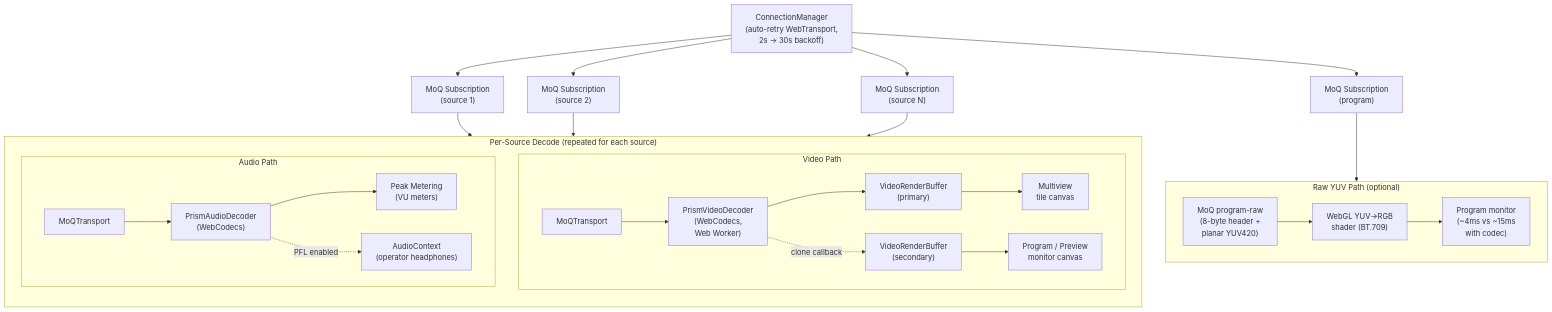
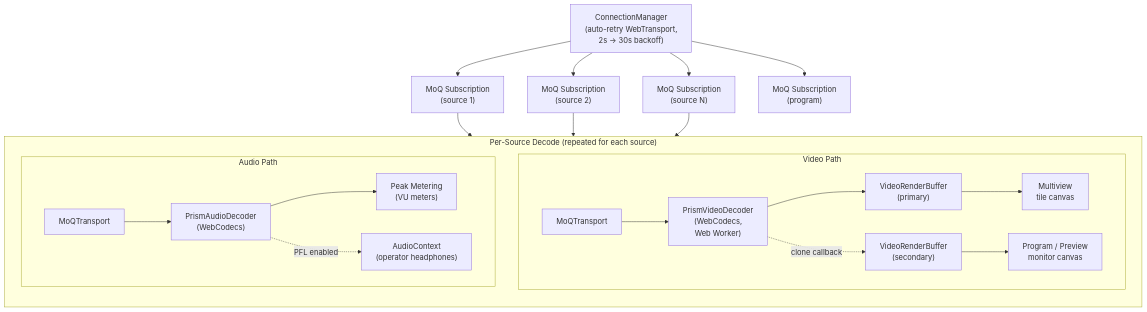
Before and after one commit to zsiec/switchframe: diagram 15 of 19 in docs/architecture.md, drawn with Mermaid. The commit also changed other lines of this file and 3 other files, not shown here.

Commit message:
docs: remove raw YUV program monitor references

````diff
--- a/docs/architecture.md
+++ b/docs/architecture.md
@@ -556,41 +553,34 @@
 ```mermaid
 flowchart TD
     CM["ConnectionManager<br/>(auto-retry WebTransport,<br/>2s → 30s backoff)"]
 
     CM --> S1["MoQ Subscription<br/>(source 1)"]
     CM --> S2["MoQ Subscription<br/>(source 2)"]
     CM --> SN["MoQ Subscription<br/>(source N)"]
     CM --> SP["MoQ Subscription<br/>(program)"]
 
     subgraph persource ["Per-Source Decode (repeated for each source)"]
         direction TB
 
         subgraph video ["Video Path"]
             direction LR
             MT["MoQTransport"] --> VD["PrismVideoDecoder<br/>(WebCodecs,<br/>Web Worker)"]
             VD --> VRB["VideoRenderBuffer<br/>(primary)"]
             VRB --> MV["Multiview<br/>tile canvas"]
             VD -.->|"clone callback"| VRB2["VideoRenderBuffer<br/>(secondary)"]
             VRB2 --> PP["Program / Preview<br/>monitor canvas"]
         end
 
         subgraph audio ["Audio Path"]
             direction LR
             MTA["MoQTransport"] --> AD["PrismAudioDecoder<br/>(WebCodecs)"]
             AD --> PM["Peak Metering<br/>(VU meters)"]
             AD -.->|"PFL enabled"| AC["AudioContext<br/>(operator headphones)"]
         end
     end
 
     S1 --> persource
     S2 --> persource
     SN --> persource
 
-    subgraph raw ["Raw YUV Path (optional)"]
-        direction LR
-        SPR["MoQ program-raw<br/>(8-byte header +<br/>planar YUV420)"] --> YUV["WebGL YUV→RGB<br/>shader (BT.709)"]
-        YUV --> PMON["Program monitor<br/>(~4ms vs ~15ms<br/>with codec)"]
-    end
-
-    SP --> raw
 ```
````
